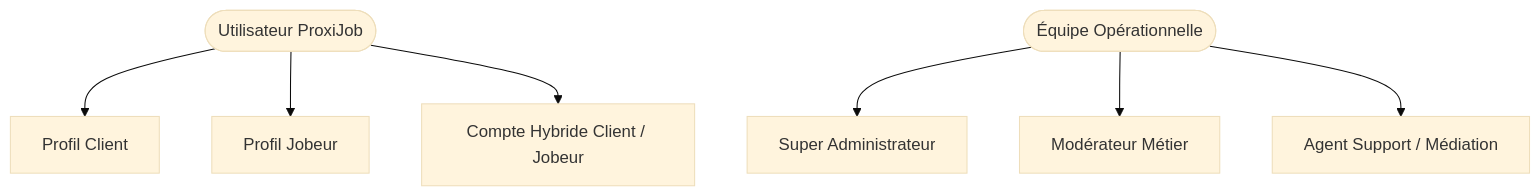
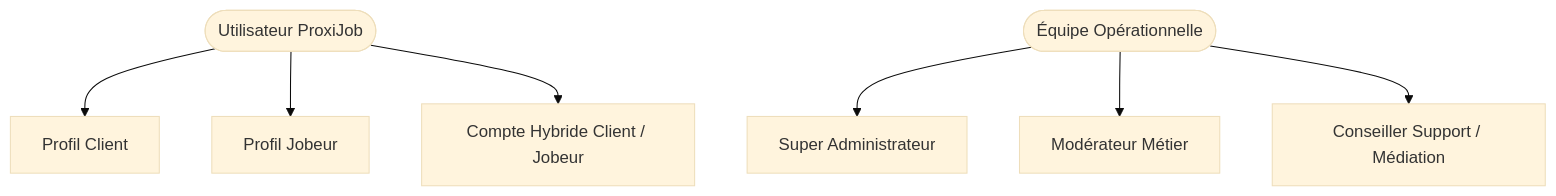
One commit to SAGBO4/proxijob changed the first of 7 diagrams in cahier_des_charges_fonctionnel.md. Above: the diagram before and after it, drawn with Mermaid (base theme). The commit also changed 5 other files, not shown here.

````diff
--- a/cahier_des_charges_fonctionnel.md
+++ b/cahier_des_charges_fonctionnel.md
@@ -136,9 +136,9 @@
 ```mermaid
 graph TD
     User([Utilisateur ProxiJob]) --> Client[Profil Client]
     User --> Jobeur[Profil Jobeur]
     User --> Hybride[Compte Hybride Client / Jobeur]
     Admin([Équipe Opérationnelle]) --> SuperAdmin[Super Administrateur]
     Admin --> Moderateur[Modérateur Métier]
-    Admin --> Support[Agent Support / Médiation]
+    Admin --> Support[Conseiller Support / Médiation]
 ```
````
